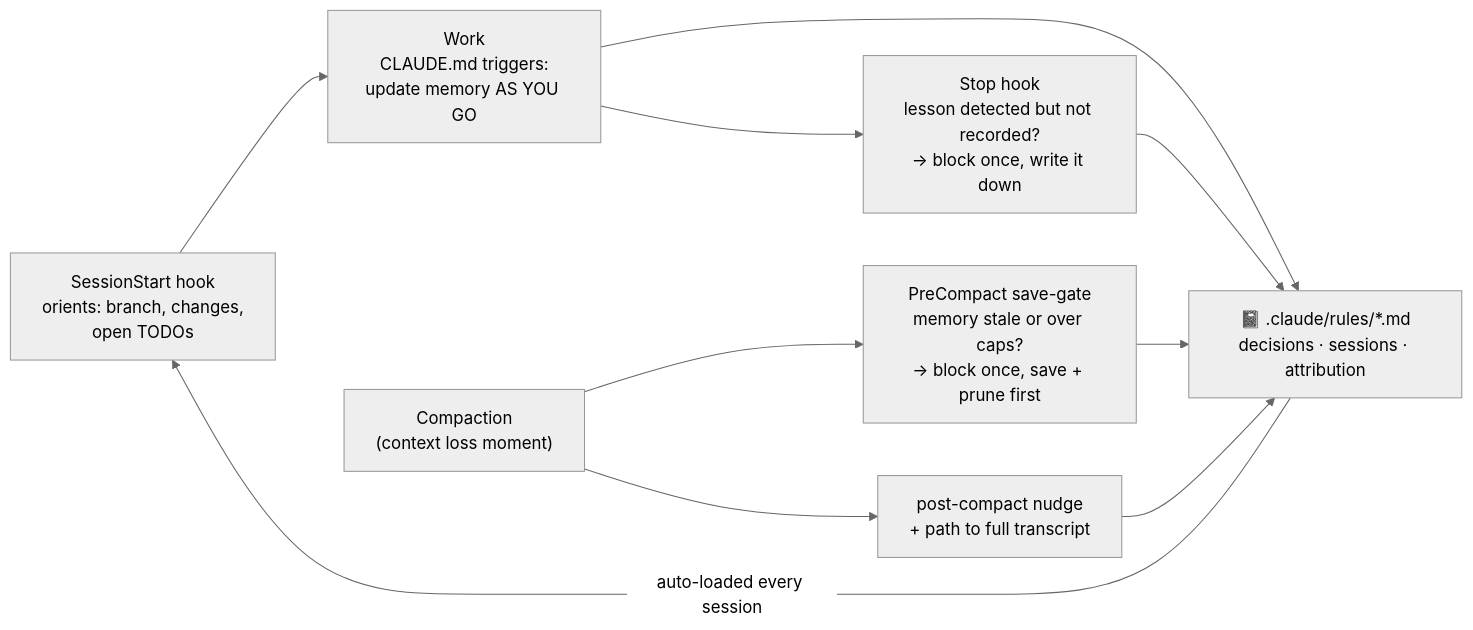
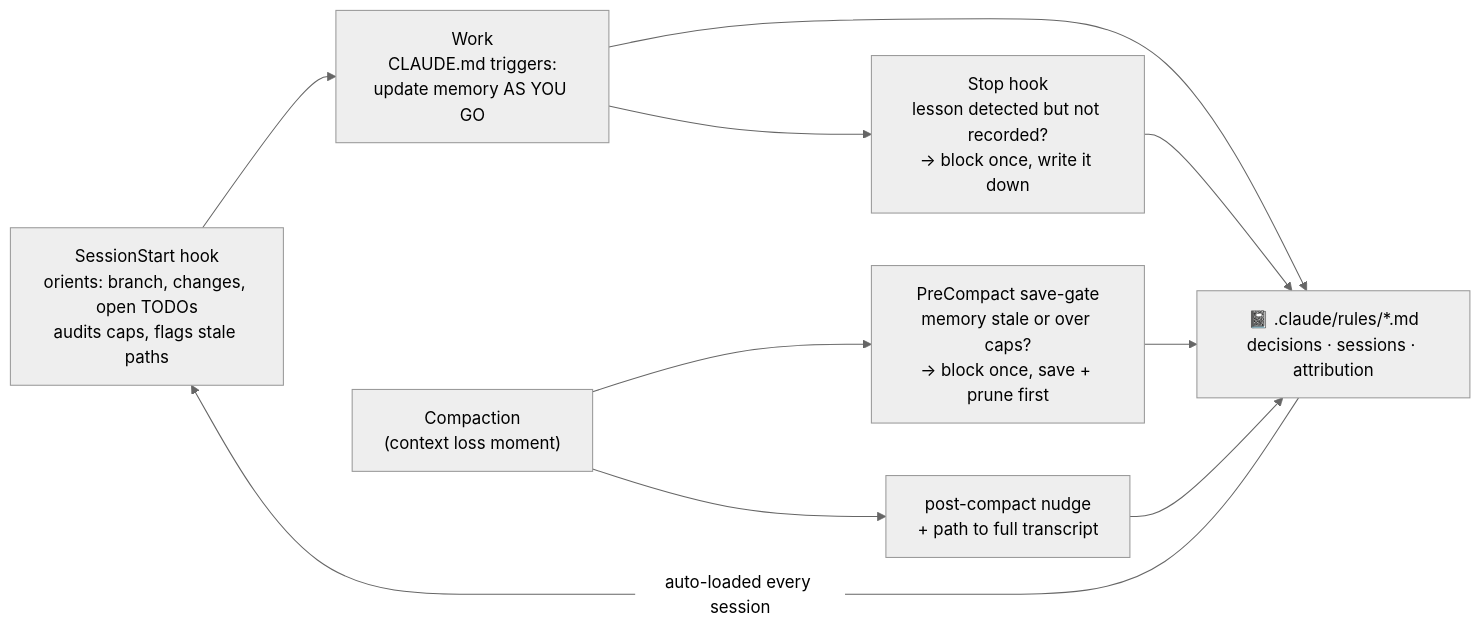
Before and after one commit to alextimmer/claude-skills: the first of 2 diagrams in README.md, drawn with Mermaid (neutral theme). The commit also changed other lines of this file, not shown here.

````diff
--- a/README.md
+++ b/README.md
@@ -51,12 +52,12 @@
 ```mermaid
 flowchart LR
-    A["SessionStart hook<br/>orients: branch, changes,<br/>open TODOs"] --> B["Work<br/>CLAUDE.md triggers:<br/>update memory AS YOU GO"]
+    A["SessionStart hook<br/>orients: branch, changes, open TODOs<br/>audits caps, flags stale paths"] --> B["Work<br/>CLAUDE.md triggers:<br/>update memory AS YOU GO"]
     B --> C["📓 .claude/rules/*.md<br/>decisions · sessions · attribution"]
     B --> D["Stop hook<br/>lesson detected but not recorded?<br/>→ block once, write it down"]
     D --> C
     E["Compaction<br/>(context loss moment)"] --> G["PreCompact save-gate<br/>memory stale or over caps?<br/>→ block once, save + prune first"]
     G --> C
     E --> F["post-compact nudge<br/>+ path to full transcript"]
     F --> C
     C -->|auto-loaded every session| A
 ```
````
